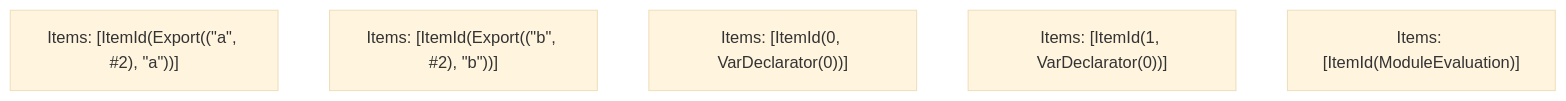
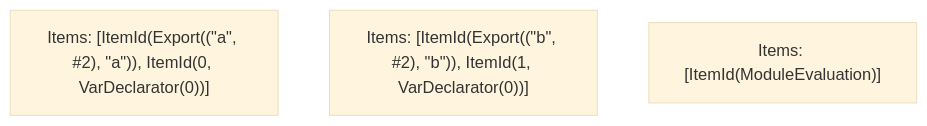
Before and after one commit to Sonar-UX-Testing-FreePlan/next.js: the fifth of 5 diagrams in turbopack/crates/turbopack-ecmascript/tests/tree-shaker/analyzer/simple-vars-1/output.md, drawn with Mermaid (base theme). The commit also changed other lines of this file and 38 other files, not shown here.

````diff
--- a/turbopack/crates/turbopack-ecmascript/tests/tree-shaker/analyzer/simple-vars-1/output.md
+++ b/turbopack/crates/turbopack-ecmascript/tests/tree-shaker/analyzer/simple-vars-1/output.md
@@ -80,8 +80,6 @@
 ```mermaid
 graph TD
-    N0["Items: [ItemId(Export((&quot;a&quot;, #2), &quot;a&quot;))]"];
-    N1["Items: [ItemId(Export((&quot;b&quot;, #2), &quot;b&quot;))]"];
-    N2["Items: [ItemId(0, VarDeclarator(0))]"];
-    N3["Items: [ItemId(1, VarDeclarator(0))]"];
-    N4["Items: [ItemId(ModuleEvaluation)]"];
+    N0["Items: [ItemId(Export((&quot;a&quot;, #2), &quot;a&quot;)), ItemId(0, VarDeclarator(0))]"];
+    N1["Items: [ItemId(Export((&quot;b&quot;, #2), &quot;b&quot;)), ItemId(1, VarDeclarator(0))]"];
+    N2["Items: [ItemId(ModuleEvaluation)]"];
 ```
````
